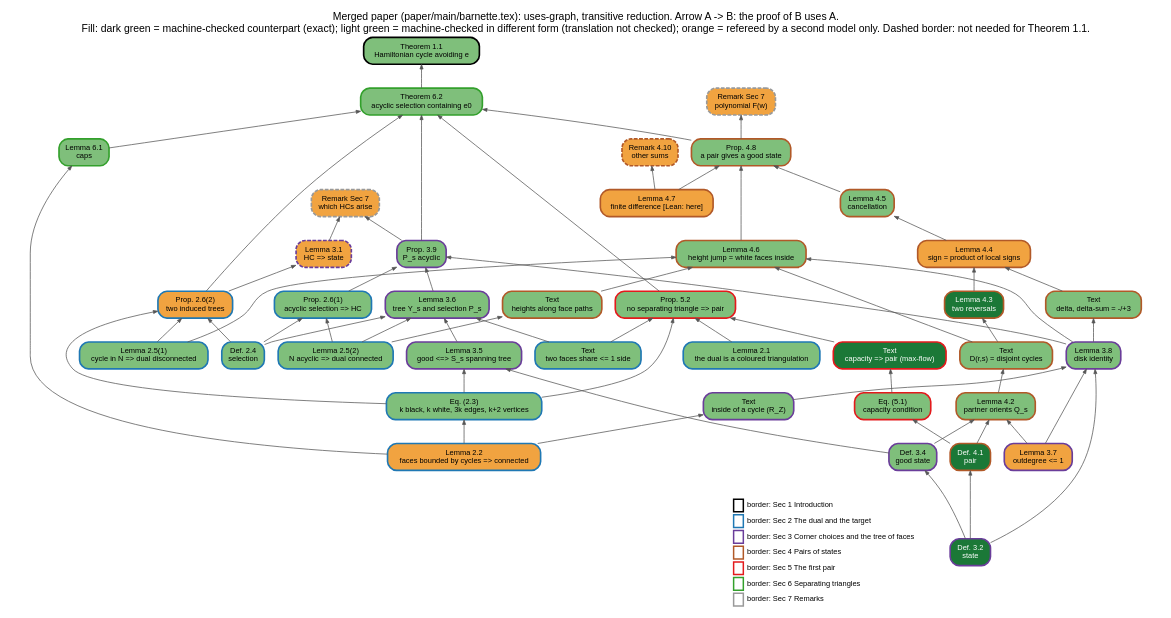
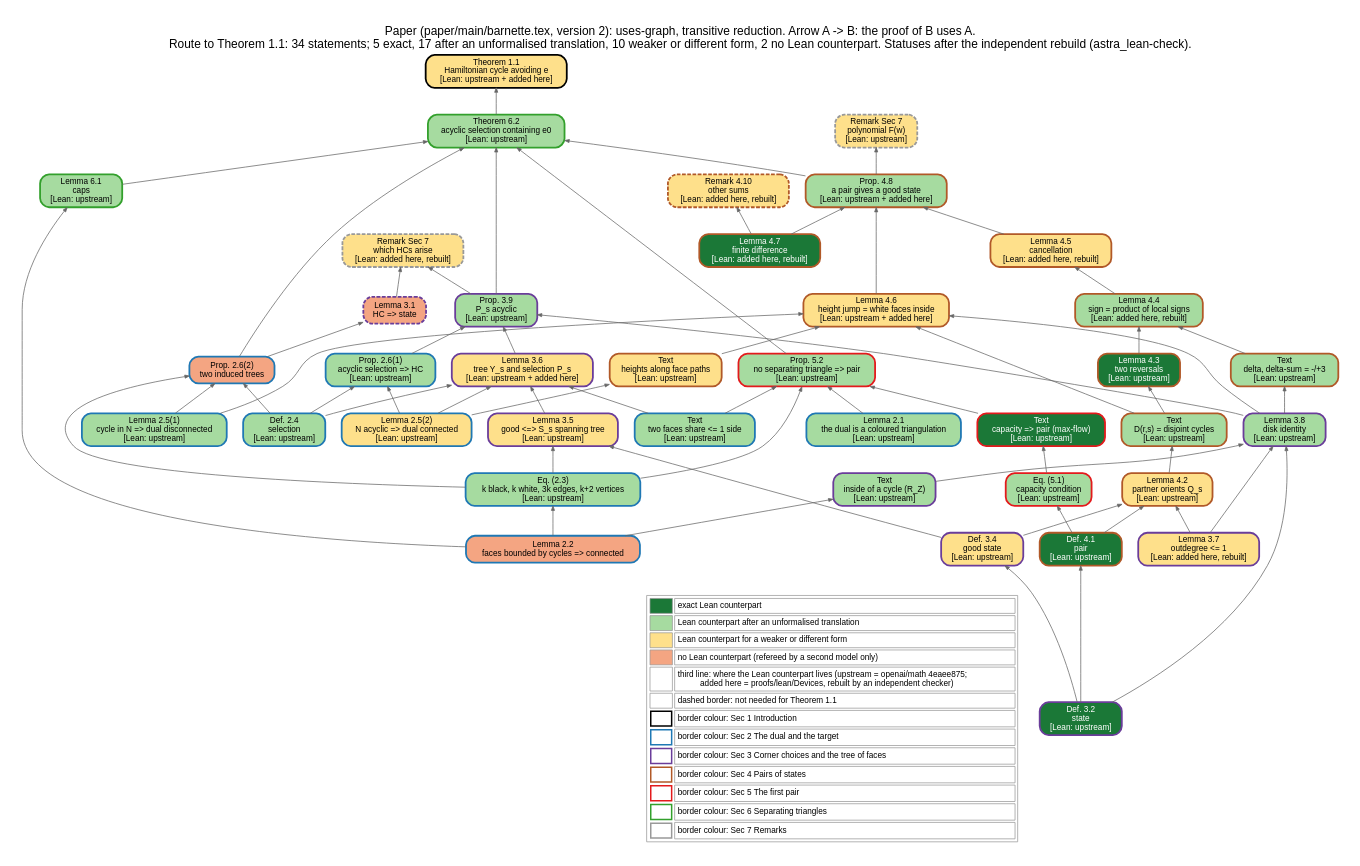
Before and after one commit to Tomodovodoo/mathathon-Barnette-s-Conjecture: the diagram in proofs/blueprint/blueprint.dot, drawn with Graphviz. The commit also changed 24 other files, not shown here.

Commit message:
lean-integration: blueprint re-extracted against paper v2, statuses after the independent Lean check

```diff
--- a/proofs/blueprint/blueprint.dot
+++ b/proofs/blueprint/blueprint.dot
@@ -1,49 +1,48 @@
 digraph blueprint {
- rankdir=BT; newrank=true; nodesep=0.25; ranksep=0.45; splines=true;
- node [shape=box, style="rounded,filled", fontname="Helvetica", fontsize=10, margin="0.08,0.04"];
- edge [color="#555555", arrowsize=0.6];
- labelloc=t; fontname="Helvetica"; fontsize=14;
- label="Merged paper (paper/main/barnette.tex): uses-graph, transitive reduction. Arrow A -> B: the proof of B uses A.\nFill: dark green = machine-checked counterpart (exact); light green = machine-checked in different form (translation not checked); orange = refereed by a second model only. Dashed border: not needed for Theorem 1.1.";
- subgraph legend { rank=sink; node [shape=plaintext, style="", fontsize=10];
-  lg [label=<<TABLE BORDER="0" CELLSPACING="2"><TR><TD BORDER="2" COLOR="#000000">  </TD><TD ALIGN="LEFT">border: Sec 1 Introduction</TD></TR><TR><TD BORDER="2" COLOR="#1f78b4">  </TD><TD ALIGN="LEFT">border: Sec 2 The dual and the target</TD></TR><TR><TD BORDER="2" COLOR="#6a3d9a">  </TD><TD ALIGN="LEFT">border: Sec 3 Corner choices and the tree of faces</TD></TR><TR><TD BORDER="2" COLOR="#b15928">  </TD><TD ALIGN="LEFT">border: Sec 4 Pairs of states</TD></TR><TR><TD BORDER="2" COLOR="#e31a1c">  </TD><TD ALIGN="LEFT">border: Sec 5 The first pair</TD></TR><TR><TD BORDER="2" COLOR="#33a02c">  </TD><TD ALIGN="LEFT">border: Sec 6 Separating triangles</TD></TR><TR><TD BORDER="2" COLOR="#999999">  </TD><TD ALIGN="LEFT">border: Sec 7 Remarks</TD></TR></TABLE>>]; }
- "thm:main" [label="Theorem 1.1\nHamiltonian cycle avoiding e", fillcolor="#7fbf7b", fontcolor="black", color="#000000", penwidth=2.2, style="rounded,filled"];
- "lem:dual" [label="Lemma 2.1\nthe dual is a coloured triangulation", fillcolor="#7fbf7b", fontcolor="black", color="#1f78b4", penwidth=2.2, style="rounded,filled"];
- "txt:two-faces" [label="Text \ntwo faces share <= 1 side", fillcolor="#7fbf7b", fontcolor="black", color="#1f78b4", penwidth=2.2, style="rounded,filled"];
- "lem:connected" [label="Lemma 2.2\nfaces bounded by cycles => connected", fillcolor="#f1a340", fontcolor="black", color="#1f78b4", penwidth=2.2, style="rounded,filled"];
- "eq:counts" [label="Eq. (2.3)\nk black, k white, 3k edges, k+2 vertices", fillcolor="#7fbf7b", fontcolor="black", color="#1f78b4", penwidth=2.2, style="rounded,filled"];
- "def:selection" [label="Def. 2.4\nselection", fillcolor="#7fbf7b", fontcolor="black", color="#1f78b4", penwidth=2.2, style="rounded,filled"];
- "lem:duality.1" [label="Lemma 2.5(1)\ncycle in N => dual disconnected", fillcolor="#7fbf7b", fontcolor="black", color="#1f78b4", penwidth=2.2, style="rounded,filled"];
- "lem:duality.2" [label="Lemma 2.5(2)\nN acyclic => dual connected", fillcolor="#7fbf7b", fontcolor="black", color="#1f78b4", penwidth=2.2, style="rounded,filled"];
- "prop:target.1" [label="Prop. 2.6(1)\nacyclic selection => HC", fillcolor="#7fbf7b", fontcolor="black", color="#1f78b4", penwidth=2.2, style="rounded,filled"];
- "prop:target.2" [label="Prop. 2.6(2)\ntwo induced trees", fillcolor="#f1a340", fontcolor="black", color="#1f78b4", penwidth=2.2, style="rounded,filled"];
- "lem:selections-give-states" [label="Lemma 3.1\nHC => state", fillcolor="#f1a340", fontcolor="black", color="#6a3d9a", penwidth=2.2, style="rounded,filled,dashed"];
- "def:state" [label="Def. 3.2\nstate", fillcolor="#1b7837", fontcolor="white", color="#6a3d9a", penwidth=2.2, style="rounded,filled"];
- "def:good" [label="Def. 3.4\ngood state", fillcolor="#7fbf7b", fontcolor="black", color="#6a3d9a", penwidth=2.2, style="rounded,filled"];
- "lem:good" [label="Lemma 3.5\ngood <=> S_s spanning tree", fillcolor="#7fbf7b", fontcolor="black", color="#6a3d9a", penwidth=2.2, style="rounded,filled"];
- "lem:Y" [label="Lemma 3.6\ntree Y_s and selection P_s", fillcolor="#7fbf7b", fontcolor="black", color="#6a3d9a", penwidth=2.2, style="rounded,filled"];
- "lem:outdegree" [label="Lemma 3.7\noutdegree <= 1", fillcolor="#f1a340", fontcolor="black", color="#6a3d9a", penwidth=2.2, style="rounded,filled"];
- "txt:inside" [label="Text \ninside of a cycle (R_Z)", fillcolor="#7fbf7b", fontcolor="black", color="#6a3d9a", penwidth=2.2, style="rounded,filled"];
- "lem:disk" [label="Lemma 3.8\ndisk identity", fillcolor="#7fbf7b", fontcolor="black", color="#6a3d9a", penwidth=2.2, style="rounded,filled"];
- "prop:recover" [label="Prop. 3.9\nP_s acyclic", fillcolor="#7fbf7b", fontcolor="black", color="#6a3d9a", penwidth=2.2, style="rounded,filled"];
- "def:pair" [label="Def. 4.1\npair", fillcolor="#1b7837", fontcolor="white", color="#b15928", penwidth=2.2, style="rounded,filled"];
- "lem:partner" [label="Lemma 4.2\npartner orients Q_s", fillcolor="#7fbf7b", fontcolor="black", color="#b15928", penwidth=2.2, style="rounded,filled"];
- "txt:D" [label="Text \nD(r,s) = disjoint cycles", fillcolor="#7fbf7b", fontcolor="black", color="#b15928", penwidth=2.2, style="rounded,filled"];
- "lem:reversals" [label="Lemma 4.3\ntwo reversals", fillcolor="#1b7837", fontcolor="white", color="#b15928", penwidth=2.2, style="rounded,filled"];
- "txt:delta" [label="Text \ndelta, delta-sum = -/+3", fillcolor="#7fbf7b", fontcolor="black", color="#b15928", penwidth=2.2, style="rounded,filled"];
- "lem:sign" [label="Lemma 4.4\nsign = product of local signs", fillcolor="#f1a340", fontcolor="black", color="#b15928", penwidth=2.2, style="rounded,filled"];
- "lem:cancel" [label="Lemma 4.5\ncancellation", fillcolor="#7fbf7b", fontcolor="black", color="#b15928", penwidth=2.2, style="rounded,filled"];
- "txt:heights" [label="Text \nheights along face paths", fillcolor="#7fbf7b", fontcolor="black", color="#b15928", penwidth=2.2, style="rounded,filled"];
- "lem:height" [label="Lemma 4.6\nheight jump = white faces inside", fillcolor="#7fbf7b", fontcolor="black", color="#b15928", penwidth=2.2, style="rounded,filled"];
- "lem:difference" [label="Lemma 4.7\nfinite difference [Lean: here]", fillcolor="#f1a340", fontcolor="black", color="#b15928", penwidth=2.2, style="rounded,filled"];
- "prop:good" [label="Prop. 4.8\na pair gives a good state", fillcolor="#7fbf7b", fontcolor="black", color="#b15928", penwidth=2.2, style="rounded,filled"];
- "rem:other-sums" [label="Remark 4.10\nother sums", fillcolor="#f1a340", fontcolor="black", color="#b15928", penwidth=2.2, style="rounded,filled,dashed"];
- "txt:flow" [label="Text \ncapacity => pair (max-flow)", fillcolor="#1b7837", fontcolor="white", color="#e31a1c", penwidth=2.2, style="rounded,filled"];
- "eq:hall" [label="Eq. (5.1)\ncapacity condition", fillcolor="#7fbf7b", fontcolor="black", color="#e31a1c", penwidth=2.2, style="rounded,filled"];
- "prop:pair" [label="Prop. 5.2\nno separating triangle => pair", fillcolor="#7fbf7b", fontcolor="black", color="#e31a1c", penwidth=2.2, style="rounded,filled"];
- "lem:cap" [label="Lemma 6.1\ncaps", fillcolor="#7fbf7b", fontcolor="black", color="#33a02c", penwidth=2.2, style="rounded,filled"];
- "thm:T" [label="Theorem 6.2\nacyclic selection containing e0", fillcolor="#7fbf7b", fontcolor="black", color="#33a02c", penwidth=2.2, style="rounded,filled"];
- "rem:which" [label="Remark Sec 7\nwhich HCs arise", fillcolor="#f1a340", fontcolor="black", color="#999999", penwidth=2.2, style="rounded,filled,dashed"];
- "rem:poly" [label="Remark Sec 7\npolynomial F(w)", fillcolor="#f1a340", fontcolor="black", color="#999999", penwidth=2.2, style="rounded,filled,dashed"];
+ rankdir=BT; newrank=true; nodesep=0.3; ranksep=0.5; splines=true; pad=0.3;
+ node [shape=box, style="rounded,filled", fontname="Helvetica", fontsize=11, margin="0.1,0.05"];
+ edge [color="#666666", arrowsize=0.6];
+ labelloc=t; fontname="Helvetica"; fontsize=16; label="Paper (paper/main/barnette.tex, version 2): uses-graph, transitive reduction. Arrow A -> B: the proof of B uses A.\nRoute to Theorem 1.1: 34 statements; 5 exact, 17 after an unformalised translation, 10 weaker or different form, 2 no Lean counterpart. Statuses after the independent rebuild (astra_lean-check).";
+ subgraph legend { rank=sink; node [shape=plaintext, style="", fontsize=11];
+  lg [label=<<TABLE BORDER="1" COLOR="#999999" CELLSPACING="3" CELLPADDING="3"><TR><TD BGCOLOR="#1b7837" WIDTH="30">  </TD><TD ALIGN="LEFT">exact Lean counterpart</TD></TR><TR><TD BGCOLOR="#a6dba0" WIDTH="30">  </TD><TD ALIGN="LEFT">Lean counterpart after an unformalised translation</TD></TR><TR><TD BGCOLOR="#fee08b" WIDTH="30">  </TD><TD ALIGN="LEFT">Lean counterpart for a weaker or different form</TD></TR><TR><TD BGCOLOR="#f4a582" WIDTH="30">  </TD><TD ALIGN="LEFT">no Lean counterpart (refereed by a second model only)</TD></TR><TR><TD></TD><TD ALIGN="LEFT">third line: where the Lean counterpart lives (upstream = openai/math 4eaee875;<BR ALIGN="LEFT"/>added here = proofs/lean/Devices, rebuilt by an independent checker)</TD></TR><TR><TD></TD><TD ALIGN="LEFT">dashed border: not needed for Theorem 1.1</TD></TR><TR><TD BORDER="2" COLOR="#000000">  </TD><TD ALIGN="LEFT">border colour: Sec 1 Introduction</TD></TR><TR><TD BORDER="2" COLOR="#1f78b4">  </TD><TD ALIGN="LEFT">border colour: Sec 2 The dual and the target</TD></TR><TR><TD BORDER="2" COLOR="#6a3d9a">  </TD><TD ALIGN="LEFT">border colour: Sec 3 Corner choices and the tree of faces</TD></TR><TR><TD BORDER="2" COLOR="#b15928">  </TD><TD ALIGN="LEFT">border colour: Sec 4 Pairs of states</TD></TR><TR><TD BORDER="2" COLOR="#e31a1c">  </TD><TD ALIGN="LEFT">border colour: Sec 5 The first pair</TD></TR><TR><TD BORDER="2" COLOR="#33a02c">  </TD><TD ALIGN="LEFT">border colour: Sec 6 Separating triangles</TD></TR><TR><TD BORDER="2" COLOR="#999999">  </TD><TD ALIGN="LEFT">border colour: Sec 7 Remarks</TD></TR></TABLE>>]; }
+ "thm:main" [label="Theorem 1.1\nHamiltonian cycle avoiding e\n[Lean: upstream + added here]", fillcolor="#fee08b", fontcolor="black", color="#000000", penwidth=2.4, style="rounded,filled"];
+ "lem:dual" [label="Lemma 2.1\nthe dual is a coloured triangulation\n[Lean: upstream]", fillcolor="#a6dba0", fontcolor="black", color="#1f78b4", penwidth=2.4, style="rounded,filled"];
+ "txt:two-faces" [label="Text \ntwo faces share <= 1 side\n[Lean: upstream]", fillcolor="#a6dba0", fontcolor="black", color="#1f78b4", penwidth=2.4, style="rounded,filled"];
+ "lem:connected" [label="Lemma 2.2\nfaces bounded by cycles => connected", fillcolor="#f4a582", fontcolor="black", color="#1f78b4", penwidth=2.4, style="rounded,filled"];
+ "eq:counts" [label="Eq. (2.3)\nk black, k white, 3k edges, k+2 vertices\n[Lean: upstream]", fillcolor="#a6dba0", fontcolor="black", color="#1f78b4", penwidth=2.4, style="rounded,filled"];
+ "def:selection" [label="Def. 2.4\nselection\n[Lean: upstream]", fillcolor="#a6dba0", fontcolor="black", color="#1f78b4", penwidth=2.4, style="rounded,filled"];
+ "lem:duality.1" [label="Lemma 2.5(1)\ncycle in N => dual disconnected\n[Lean: upstream]", fillcolor="#a6dba0", fontcolor="black", color="#1f78b4", penwidth=2.4, style="rounded,filled"];
+ "lem:duality.2" [label="Lemma 2.5(2)\nN acyclic => dual connected\n[Lean: upstream]", fillcolor="#fee08b", fontcolor="black", color="#1f78b4", penwidth=2.4, style="rounded,filled"];
+ "prop:target.1" [label="Prop. 2.6(1)\nacyclic selection => HC\n[Lean: upstream]", fillcolor="#a6dba0", fontcolor="black", color="#1f78b4", penwidth=2.4, style="rounded,filled"];
+ "prop:target.2" [label="Prop. 2.6(2)\ntwo induced trees", fillcolor="#f4a582", fontcolor="black", color="#1f78b4", penwidth=2.4, style="rounded,filled"];
+ "lem:selections-give-states" [label="Lemma 3.1\nHC => state", fillcolor="#f4a582", fontcolor="black", color="#6a3d9a", penwidth=2.4, style="rounded,filled,dashed"];
+ "def:state" [label="Def. 3.2\nstate\n[Lean: upstream]", fillcolor="#1b7837", fontcolor="white", color="#6a3d9a", penwidth=2.4, style="rounded,filled"];
+ "def:good" [label="Def. 3.4\ngood state\n[Lean: upstream]", fillcolor="#fee08b", fontcolor="black", color="#6a3d9a", penwidth=2.4, style="rounded,filled"];
+ "lem:good" [label="Lemma 3.5\ngood <=> S_s spanning tree\n[Lean: upstream]", fillcolor="#fee08b", fontcolor="black", color="#6a3d9a", penwidth=2.4, style="rounded,filled"];
+ "lem:Y" [label="Lemma 3.6\ntree Y_s and selection P_s\n[Lean: upstream + added here]", fillcolor="#fee08b", fontcolor="black", color="#6a3d9a", penwidth=2.4, style="rounded,filled"];
+ "lem:outdegree" [label="Lemma 3.7\noutdegree <= 1\n[Lean: added here, rebuilt]", fillcolor="#fee08b", fontcolor="black", color="#6a3d9a", penwidth=2.4, style="rounded,filled"];
+ "txt:inside" [label="Text \ninside of a cycle (R_Z)\n[Lean: upstream]", fillcolor="#a6dba0", fontcolor="black", color="#6a3d9a", penwidth=2.4, style="rounded,filled"];
+ "lem:disk" [label="Lemma 3.8\ndisk identity\n[Lean: upstream]", fillcolor="#a6dba0", fontcolor="black", color="#6a3d9a", penwidth=2.4, style="rounded,filled"];
+ "prop:recover" [label="Prop. 3.9\nP_s acyclic\n[Lean: upstream]", fillcolor="#a6dba0", fontcolor="black", color="#6a3d9a", penwidth=2.4, style="rounded,filled"];
+ "def:pair" [label="Def. 4.1\npair\n[Lean: upstream]", fillcolor="#1b7837", fontcolor="white", color="#b15928", penwidth=2.4, style="rounded,filled"];
+ "lem:partner" [label="Lemma 4.2\npartner orients Q_s\n[Lean: upstream]", fillcolor="#fee08b", fontcolor="black", color="#b15928", penwidth=2.4, style="rounded,filled"];
+ "txt:D" [label="Text \nD(r,s) = disjoint cycles\n[Lean: upstream]", fillcolor="#a6dba0", fontcolor="black", color="#b15928", penwidth=2.4, style="rounded,filled"];
+ "lem:reversals" [label="Lemma 4.3\ntwo reversals\n[Lean: upstream]", fillcolor="#1b7837", fontcolor="white", color="#b15928", penwidth=2.4, style="rounded,filled"];
+ "txt:delta" [label="Text \ndelta, delta-sum = -/+3\n[Lean: upstream]", fillcolor="#a6dba0", fontcolor="black", color="#b15928", penwidth=2.4, style="rounded,filled"];
+ "lem:sign" [label="Lemma 4.4\nsign = product of local signs\n[Lean: added here, rebuilt]", fillcolor="#a6dba0", fontcolor="black", color="#b15928", penwidth=2.4, style="rounded,filled"];
+ "lem:cancel" [label="Lemma 4.5\ncancellation\n[Lean: added here, rebuilt]", fillcolor="#fee08b", fontcolor="black", color="#b15928", penwidth=2.4, style="rounded,filled"];
+ "txt:heights" [label="Text \nheights along face paths\n[Lean: upstream]", fillcolor="#fee08b", fontcolor="black", color="#b15928", penwidth=2.4, style="rounded,filled"];
+ "lem:height" [label="Lemma 4.6\nheight jump = white faces inside\n[Lean: upstream + added here]", fillcolor="#fee08b", fontcolor="black", color="#b15928", penwidth=2.4, style="rounded,filled"];
+ "lem:difference" [label="Lemma 4.7\nfinite difference\n[Lean: added here, rebuilt]", fillcolor="#1b7837", fontcolor="white", color="#b15928", penwidth=2.4, style="rounded,filled"];
+ "prop:good" [label="Prop. 4.8\na pair gives a good state\n[Lean: upstream + added here]", fillcolor="#a6dba0", fontcolor="black", color="#b15928", penwidth=2.4, style="rounded,filled"];
+ "rem:other-sums" [label="Remark 4.10\nother sums\n[Lean: added here, rebuilt]", fillcolor="#fee08b", fontcolor="black", color="#b15928", penwidth=2.4, style="rounded,filled,dashed"];
+ "txt:flow" [label="Text \ncapacity => pair (max-flow)\n[Lean: upstream]", fillcolor="#1b7837", fontcolor="white", color="#e31a1c", penwidth=2.4, style="rounded,filled"];
+ "eq:hall" [label="Eq. (5.1)\ncapacity condition\n[Lean: upstream]", fillcolor="#a6dba0", fontcolor="black", color="#e31a1c", penwidth=2.4, style="rounded,filled"];
+ "prop:pair" [label="Prop. 5.2\nno separating triangle => pair\n[Lean: upstream]", fillcolor="#a6dba0", fontcolor="black", color="#e31a1c", penwidth=2.4, style="rounded,filled"];
+ "lem:cap" [label="Lemma 6.1\ncaps\n[Lean: upstream]", fillcolor="#a6dba0", fontcolor="black", color="#33a02c", penwidth=2.4, style="rounded,filled"];
+ "thm:T" [label="Theorem 6.2\nacyclic selection containing e0\n[Lean: upstream]", fillcolor="#a6dba0", fontcolor="black", color="#33a02c", penwidth=2.4, style="rounded,filled"];
+ "rem:which" [label="Remark Sec 7\nwhich HCs arise\n[Lean: added here, rebuilt]", fillcolor="#fee08b", fontcolor="black", color="#999999", penwidth=2.4, style="rounded,filled,dashed"];
+ "rem:poly" [label="Remark Sec 7\npolynomial F(w)\n[Lean: upstream]", fillcolor="#fee08b", fontcolor="black", color="#999999", penwidth=2.4, style="rounded,filled,dashed"];
  "thm:T" -> "thm:main";
  "lem:connected" -> "eq:counts";
  "lem:duality.2" -> "prop:target.1";
```
